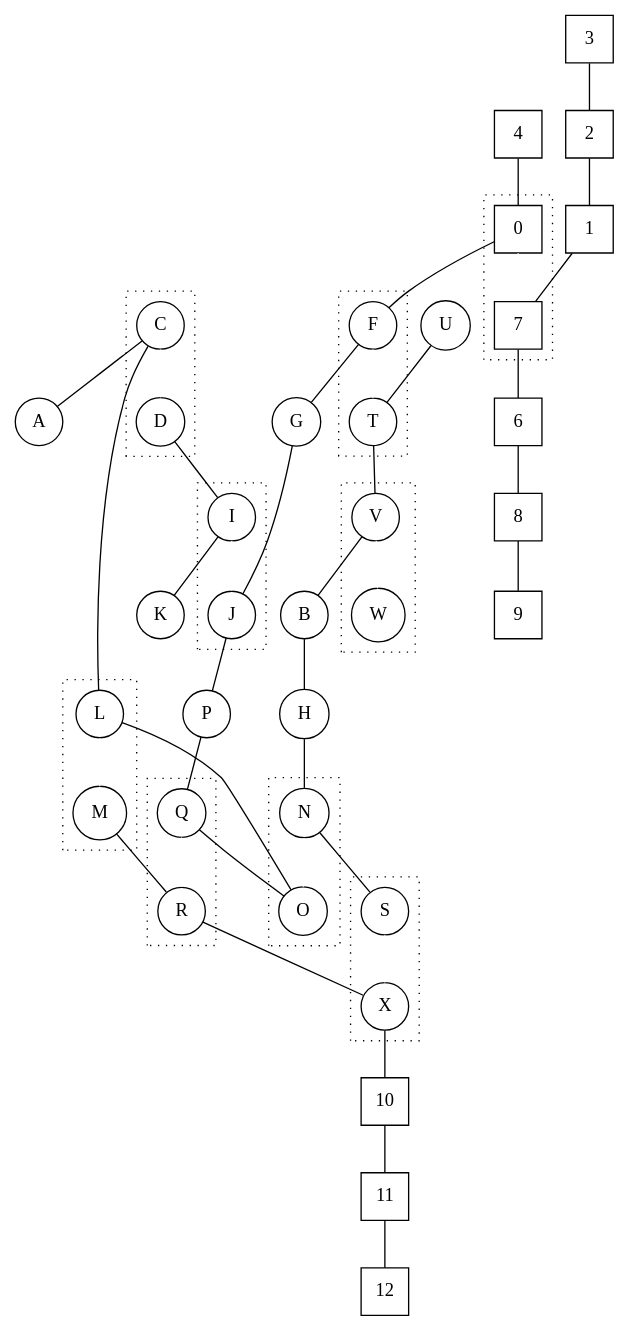
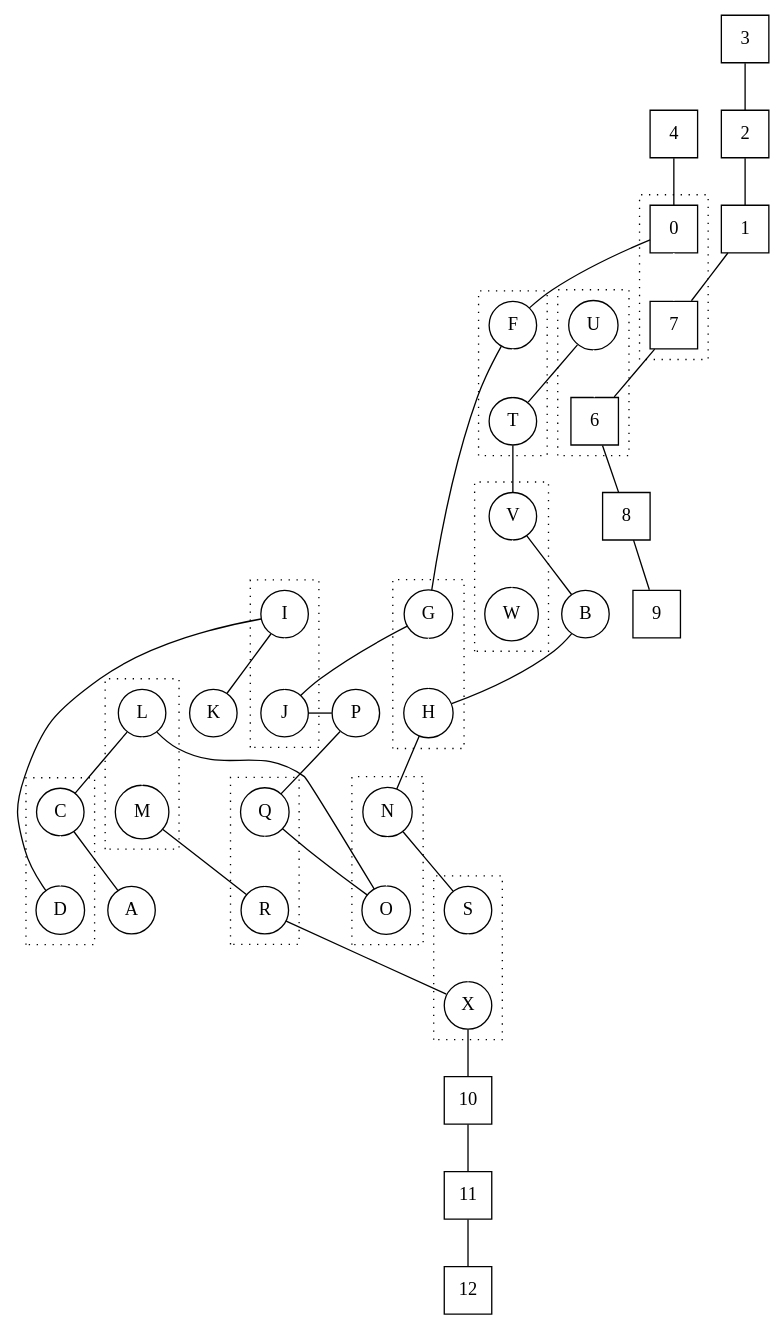
The diagram in Kapalla.dot (ktvoelker/Cities), drawn with Graphviz before and after one commit. The commit also changed 2 other files, not shown here.

```diff
--- a/Kapalla.dot
+++ b/Kapalla.dot
@@ -1,110 +1,118 @@
 
 graph "Kapalla" {
 
   A [shape="circle"];
   B [shape="circle"];
 
   subgraph cluster_CD {
     style="dotted";
     C [shape="circle"];
     D [shape="circle"];
     C -- D [weight=1, color="white"];
   }
 
-  G [shape="circle"];
-  H [shape="circle"];
+  subgraph cluster_GH {
+    style="dotted";
+    G [shape="circle"];
+    H [shape="circle"];
+    G -- H [weight=1, color="white"];
+  }
 
   subgraph cluster_IJ {
     style="dotted";
     I [shape="circle"];
     J [shape="circle"];
     I -- J [weight=1, color="white"];
   }
 
   K [shape="circle"];
 
   subgraph cluster_LM {
     style="dotted";
     L [shape="circle"];
     M [shape="circle"];
     L -- M [weight=1, color="white"];
   }
 
   subgraph cluster_NO {
     style="dotted";
     N [shape="circle"];
     O [shape="circle"];
     N -- O [weight=1, color="white"];
   }
 
   P [shape="circle"];
 
   subgraph cluster_QR {
     style="dotted";
     Q [shape="circle"];
     R [shape="circle"];
     Q -- R [weight=1, color="white"];
   }
 
   subgraph cluster_FT {
     style="dotted";
     F [shape="circle"];
     T [shape="circle"];
     F -- T [weight=1, color="white"];
   }
 
-  U [shape="circle"];
-
   subgraph cluster_VW {
     style="dotted";
     V [shape="circle"];
     W [shape="circle"];
     V -- W [weight=1, color="white"];
   }
 
   subgraph cluster_SX {
     style="dotted";
     S [shape="circle"];
     X [shape="circle"];
     S -- X [weight=1, color="white"];
   }
 
   n1 [shape="square", label="1"];
   n2 [shape="square", label="2"];
   n3 [shape="square", label="3"];
   n4 [shape="square", label="4"];
-  n6 [shape="square", label="6"];
+
+  subgraph cluster_Un6 {
+    style="dotted";
+    U [shape="circle"];
+    n6 [shape="square", label="6"];
+    U -- n6 [weight=1, color="white"];
+  }
   
   subgraph cluster_n0n7 {
     style="dotted";
     n0 [shape="square", label="0"];
     n7 [shape="square", label="7"];
     n0 -- n7 [weight=1, color="white"];
   }
 
   n8 [shape="square", label="8"];
   n9 [shape="square", label="9"];
   n10 [shape="square", label="10"];
   n11 [shape="square", label="11"];
   n12 [shape="square", label="12"];
 
   n3 -- n2 -- n1 -- n7 -- n6 -- n8 -- n9;
 
   n4 -- n0 -- F -- G -- J -- P -- Q -- O -- L -- C -- A;
 
   U -- T -- V -- B -- H -- N -- S;
 
   D -- I -- K;
 
   M -- R -- X -- n10 -- n11 -- n12;
 
   /**
    * I was going to include these dashed lines
    * to indicate lines which exist physically but
    * aren't in use. However, they make the graph too messy.
    */
    
   /* A -- B [style="dashed"];
   A -- D [style="dashed"]; */
 
 }
```
